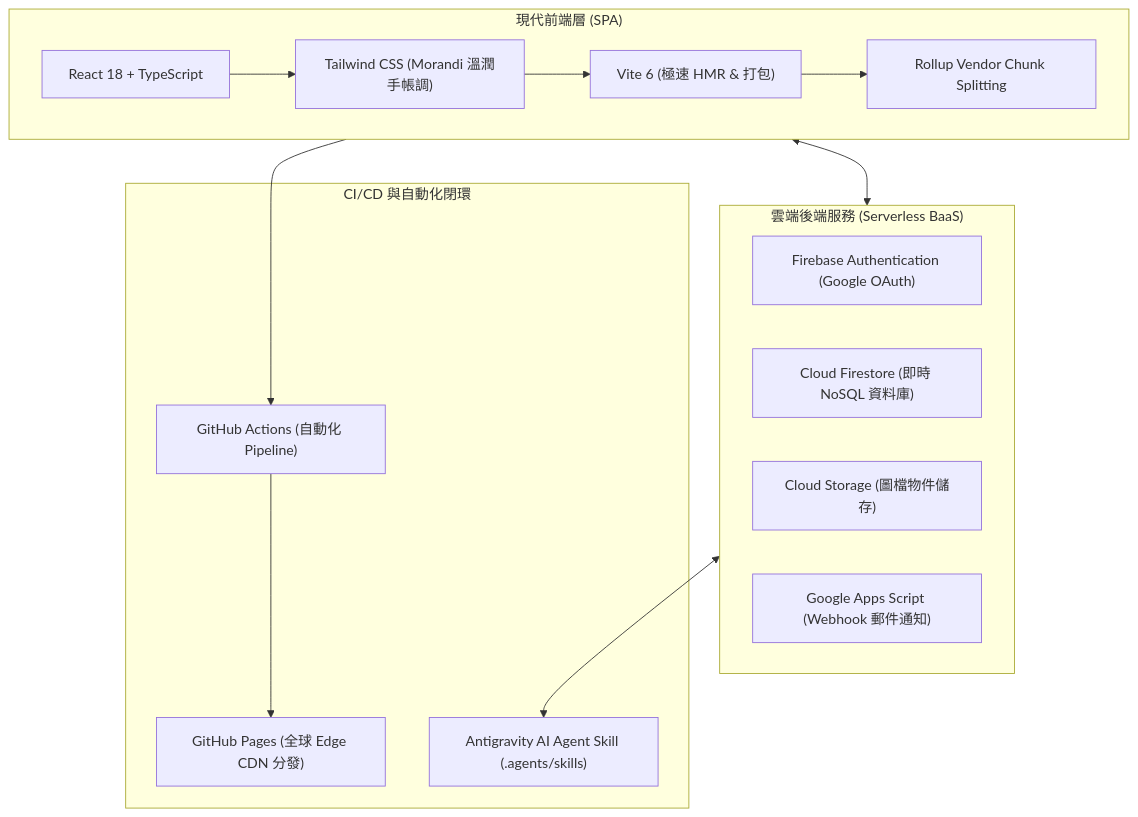
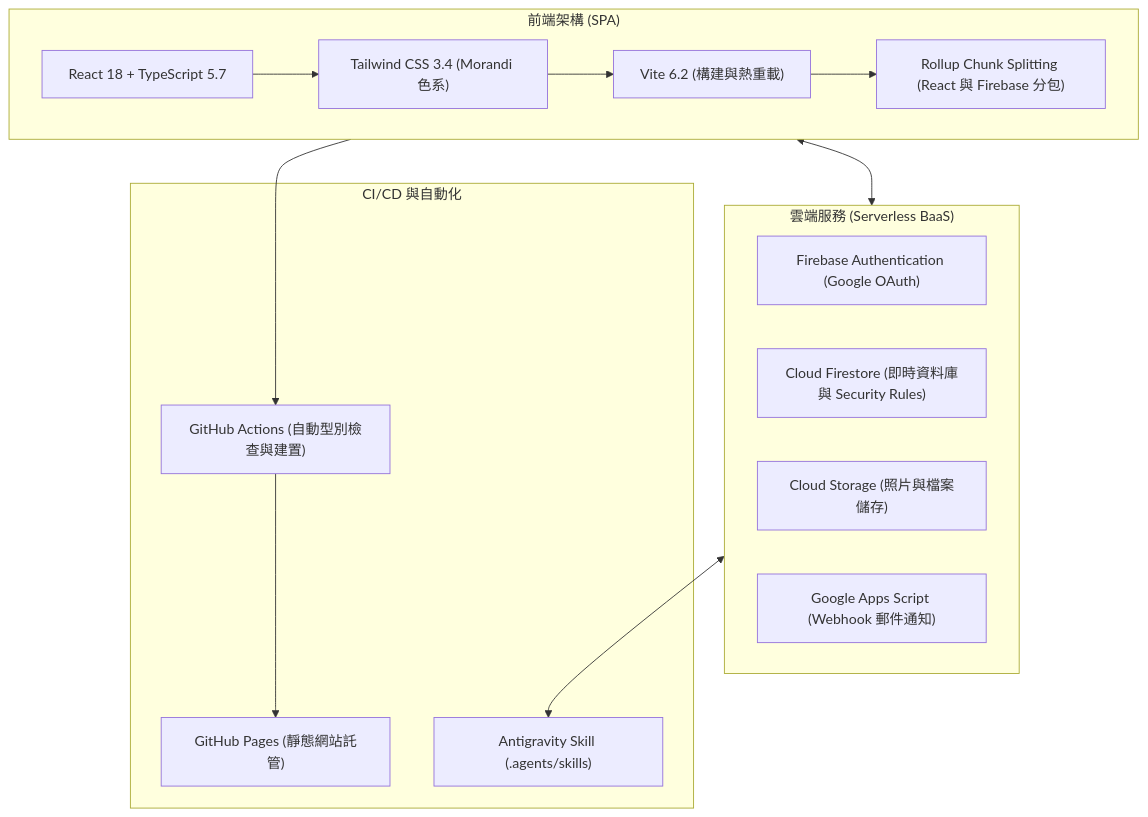
The diagram in README.md (Hunk0724/streamside-tree-scrapbook), drawn with Mermaid before and after one commit. The commit also changed other lines of this file and 2 other files, not shown here.

````diff
--- a/README.md
+++ b/README.md
@@ -68,25 +68,25 @@
 ```mermaid
 flowchart TD
-    subgraph Frontend["現代前端層 (SPA)"]
-        A["React 18 + TypeScript"] --> B["Tailwind CSS (Morandi 溫潤手帳調)"]
-        B --> C["Vite 6 (極速 HMR & 打包)"]
-        C --> D["Rollup Vendor Chunk Splitting"]
+    subgraph Frontend["前端架構 (SPA)"]
+        A["React 18 + TypeScript 5.7"] --> B["Tailwind CSS 3.4 (Morandi 色系)"]
+        B --> C["Vite 6.2 (構建與熱重載)"]
+        C --> D["Rollup Chunk Splitting (React 與 Firebase 分包)"]
     end
 
-    subgraph Backend["雲端後端服務 (Serverless BaaS)"]
+    subgraph Backend["雲端服務 (Serverless BaaS)"]
         E["Firebase Authentication (Google OAuth)"]
-        F["Cloud Firestore (即時 NoSQL 資料庫)"]
-        G["Cloud Storage (圖檔物件儲存)"]
+        F["Cloud Firestore (即時資料庫與 Security Rules)"]
+        G["Cloud Storage (照片與檔案儲存)"]
         H["Google Apps Script (Webhook 郵件通知)"]
     end
 
-    subgraph DevOps["CI/CD 與自動化閉環"]
-        I["GitHub Actions (自動化 Pipeline)"]
-        J["GitHub Pages (全球 Edge CDN 分發)"]
-        K["Antigravity AI Agent Skill (.agents/skills)"]
+    subgraph DevOps["CI/CD 與自動化"]
+        I["GitHub Actions (自動型別檢查與建置)"]
+        J["GitHub Pages (靜態網站託管)"]
+        K["Antigravity Skill (.agents/skills)"]
     end
 
     Frontend <--> Backend
     Frontend --> I --> J
     Backend <--> K
 ```
````
